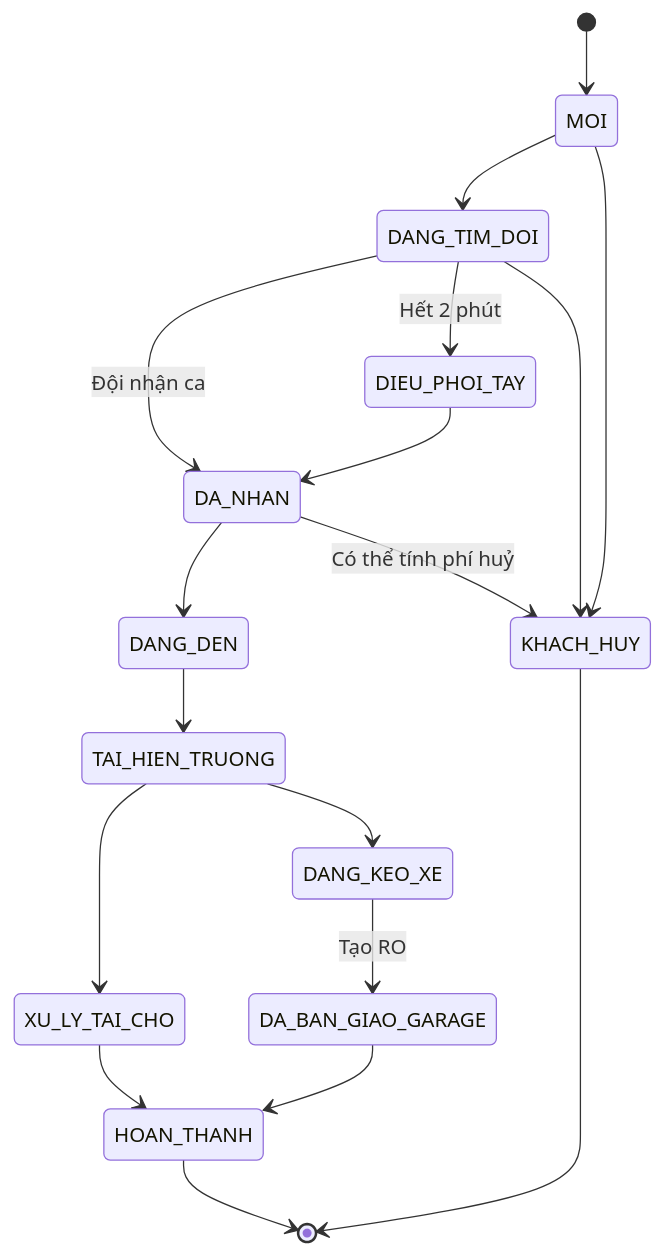
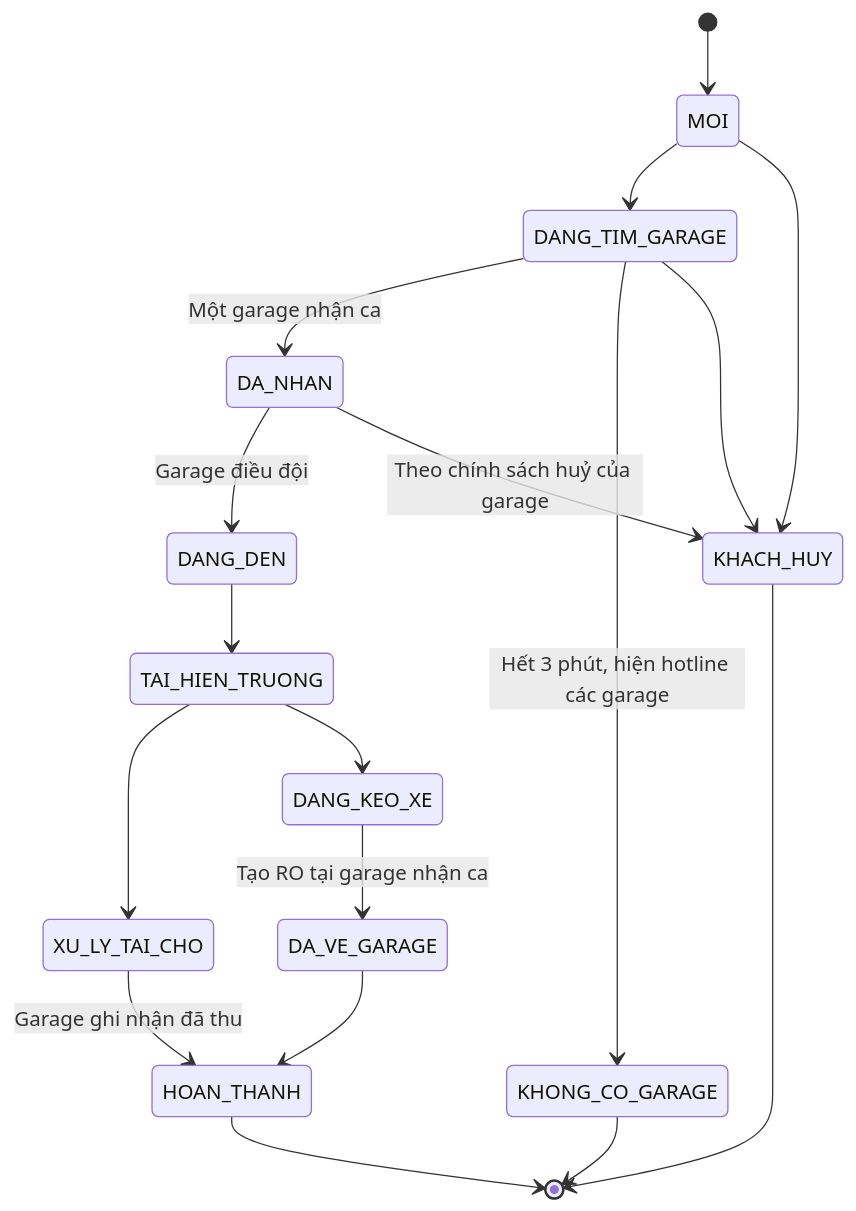
The sixth of 8 diagrams in docs/05-trang-thai.md (south93/cardiy-crm), drawn with Mermaid before and after one commit. The commit also changed other lines of this file and 9 other files, not shown here.

First line of the commit message:
Cập nhật đặc tả: sàn chỉ là trung gian, cứu hộ là dịch vụ của garage; thêm lộ trình

````diff
--- a/docs/05-trang-thai.md
+++ b/docs/05-trang-thai.md
@@ -111,20 +111,20 @@
 ```mermaid
 stateDiagram-v2
   [*] --> MOI
-  MOI --> DANG_TIM_DOI
-  DANG_TIM_DOI --> DA_NHAN: Đội nhận ca
-  DANG_TIM_DOI --> DIEU_PHOI_TAY: Hết 2 phút
-  DIEU_PHOI_TAY --> DA_NHAN
-  DA_NHAN --> DANG_DEN
+  MOI --> DANG_TIM_GARAGE
+  DANG_TIM_GARAGE --> DA_NHAN: Một garage nhận ca
+  DANG_TIM_GARAGE --> KHONG_CO_GARAGE: Hết 3 phút, hiện hotline các garage
+  DA_NHAN --> DANG_DEN: Garage điều đội
   DANG_DEN --> TAI_HIEN_TRUONG
   TAI_HIEN_TRUONG --> XU_LY_TAI_CHO
   TAI_HIEN_TRUONG --> DANG_KEO_XE
-  DANG_KEO_XE --> DA_BAN_GIAO_GARAGE: Tạo RO
-  XU_LY_TAI_CHO --> HOAN_THANH
-  DA_BAN_GIAO_GARAGE --> HOAN_THANH
+  DANG_KEO_XE --> DA_VE_GARAGE: Tạo RO tại garage nhận ca
+  XU_LY_TAI_CHO --> HOAN_THANH: Garage ghi nhận đã thu
+  DA_VE_GARAGE --> HOAN_THANH
   MOI --> KHACH_HUY
-  DANG_TIM_DOI --> KHACH_HUY
-  DA_NHAN --> KHACH_HUY: Có thể tính phí huỷ
+  DANG_TIM_GARAGE --> KHACH_HUY
+  DA_NHAN --> KHACH_HUY: Theo chính sách huỷ của garage
   HOAN_THANH --> [*]
   KHACH_HUY --> [*]
+  KHONG_CO_GARAGE --> [*]
 ```
````
